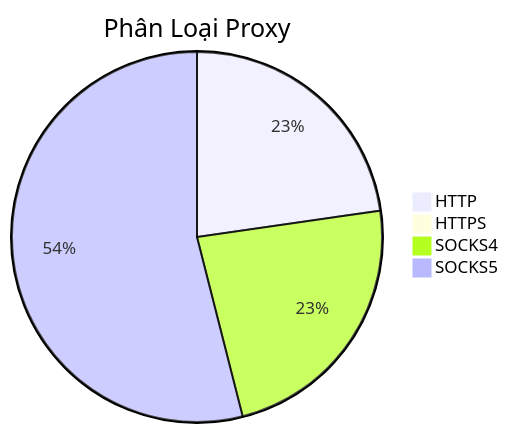
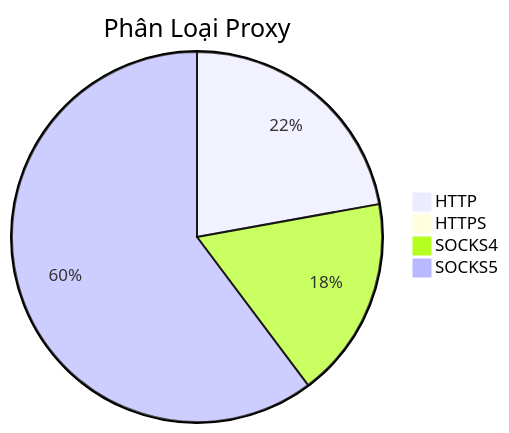
Before and after one commit to Ciara-12/PROXY-free: the diagram in README.md, drawn with Mermaid. The commit also changed other lines of this file and 4 other files, not shown here.

````diff
--- a/README.md
+++ b/README.md
@@ -26,7 +26,7 @@
 ```mermaid
 pie title Phân Loại Proxy
-    "HTTP" : 318
-    "HTTPS" : 0
-    "SOCKS4" : 326
-    "SOCKS5" : 755
+    "HTTP" : 370
+    "HTTPS" : 2
+    "SOCKS4" : 294
+    "SOCKS5" : 1006
 ```
````
